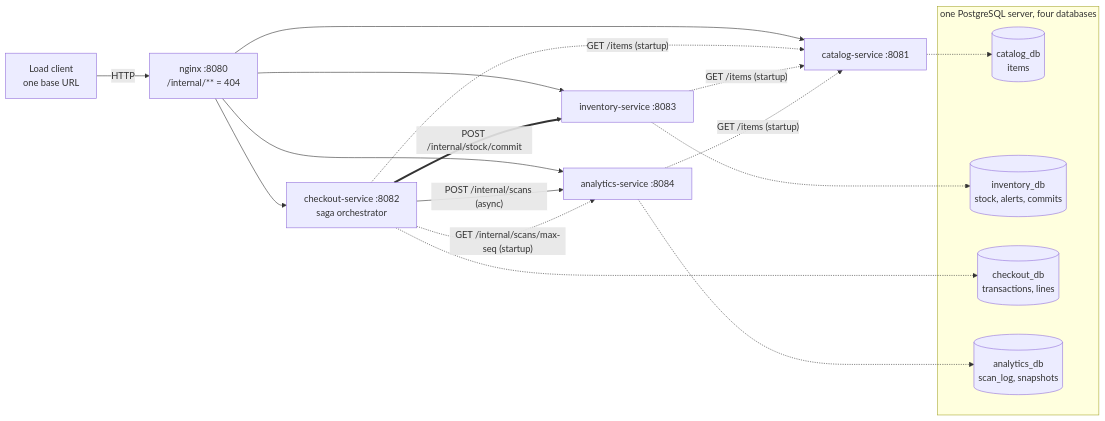
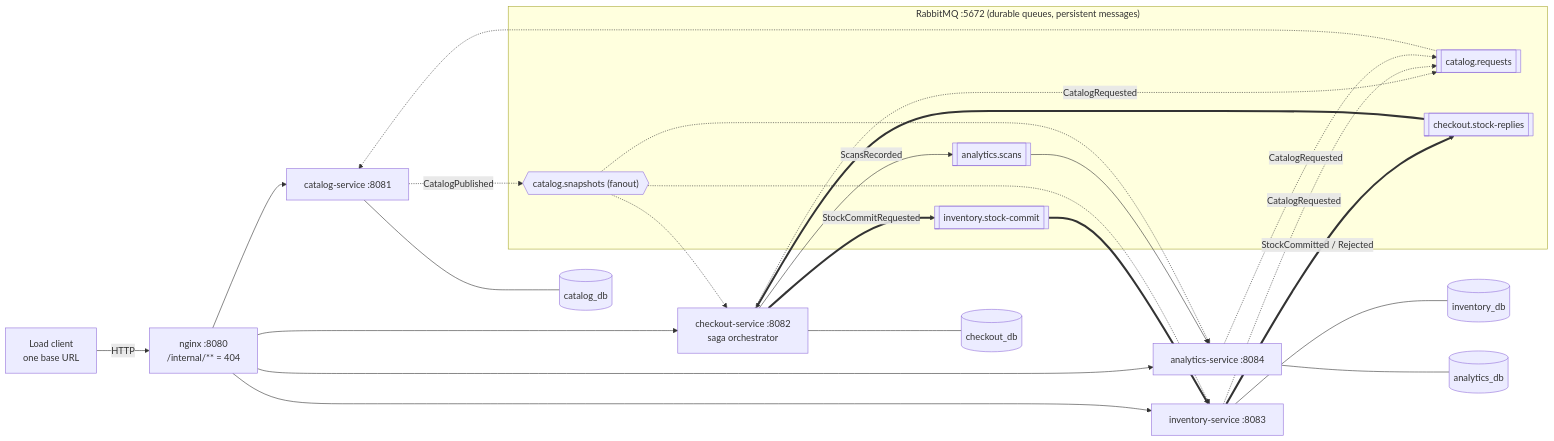
The first of 3 diagrams in README.md (Vatsalya2003/self_checkout_system), drawn with Mermaid before and after one commit. The commit also changed other lines of this file and 4 other files, not shown here.

Commit message:
Week 6 docs: EVENTS.md, README, ARCHITECTURE and DEVELOPER_GUIDE for the event-driven build

````diff
--- a/README.md
+++ b/README.md
@@ -30,24 +32,33 @@
 ```mermaid
 flowchart LR
     LC["Load client<br/>one base URL"] -->|HTTP| GW["nginx :8080<br/>/internal/** = 404"]
     GW --> CA["catalog-service :8081"]
     GW --> IN["inventory-service :8083"]
     GW --> CO["checkout-service :8082<br/>saga orchestrator"]
     GW --> AN["analytics-service :8084"]
-    CO ==>|"POST /internal/stock/commit"| IN
-    CO -->|"POST /internal/scans (async)"| AN
-    CO -.->|"GET /internal/scans/max-seq (startup)"| AN
-    CO -.->|"GET /items (startup)"| CA
-    IN -.->|"GET /items (startup)"| CA
-    AN -.->|"GET /items (startup)"| CA
-    subgraph PG["one PostgreSQL server, four databases"]
-        CAD[("catalog_db<br/>items")]
-        IND[("inventory_db<br/>stock, alerts, commits")]
-        COD[("checkout_db<br/>transactions, lines")]
-        AND[("analytics_db<br/>scan_log, snapshots")]
+    subgraph MQ["RabbitMQ :5672 (durable queues, persistent messages)"]
+        QR[["catalog.requests"]]
+        XS{{"catalog.snapshots (fanout)"}}
+        QS[["inventory.stock-commit"]]
+        QP[["checkout.stock-replies"]]
+        QA[["analytics.scans"]]
     end
-    CA -.-> CAD
-    IN -.-> IND
-    CO -.-> COD
-    AN -.-> AND
+    CO ==>|StockCommitRequested| QS
+    QS ==> IN
+    IN ==>|"StockCommitted / Rejected"| QP
+    QP ==> CO
+    CO -->|ScansRecorded| QA
+    QA --> AN
+    CO -.->|CatalogRequested| QR
+    IN -.->|CatalogRequested| QR
+    AN -.->|CatalogRequested| QR
+    QR -.-> CA
+    CA -.->|CatalogPublished| XS
+    XS -.-> CO
+    XS -.-> IN
+    XS -.-> AN
+    CA --- CAD[("catalog_db")]
+    IN --- IND[("inventory_db")]
+    CO --- COD[("checkout_db")]
+    AN --- AND[("analytics_db")]
 ```
````
